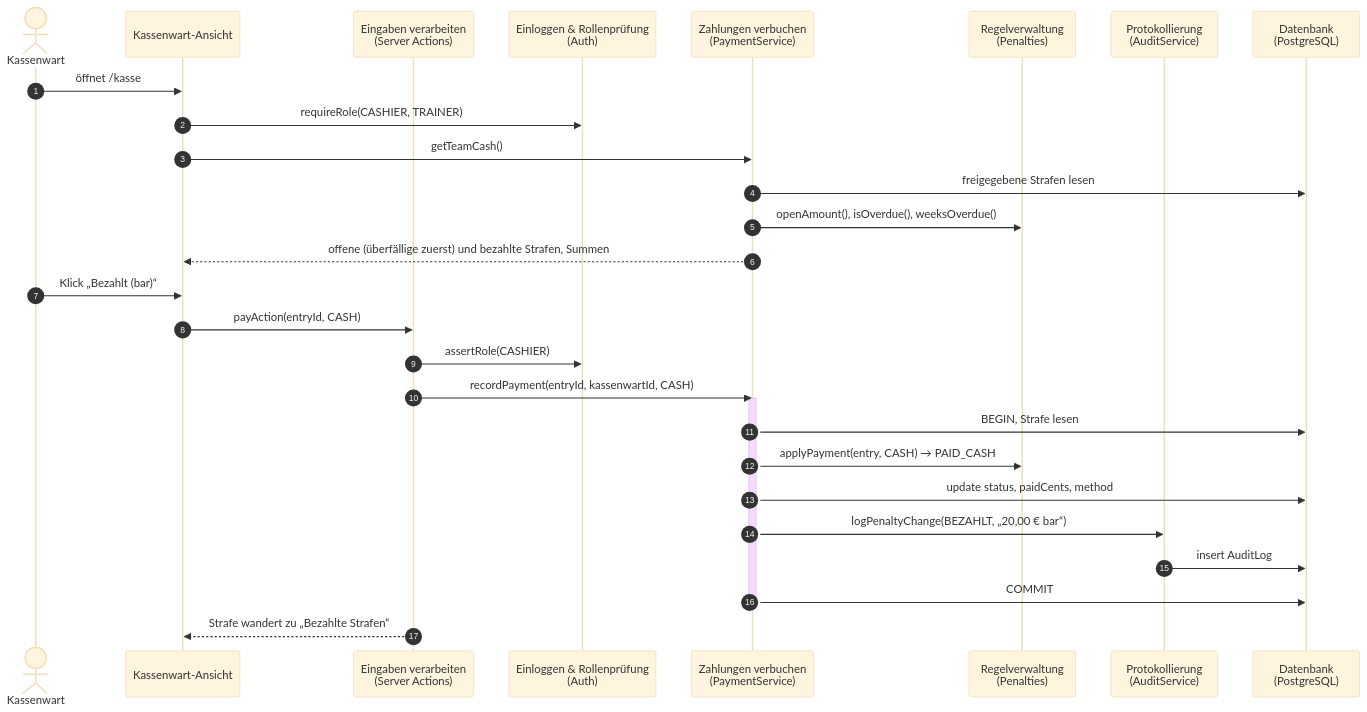
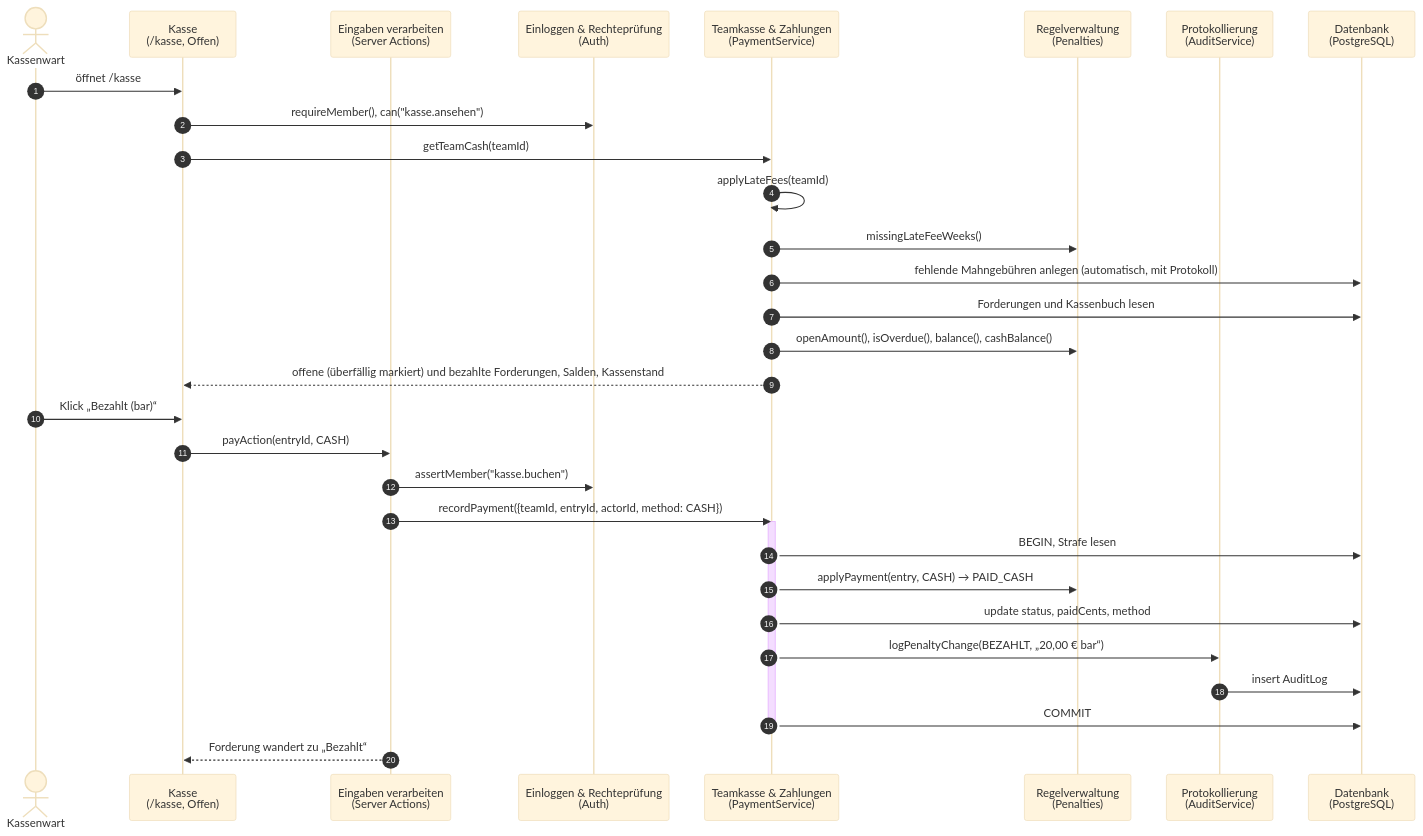
The third of 5 diagrams in docs/architektur/sequenz-pen-02.md (squadhq-team/squadhq-team), drawn with Mermaid (base theme) before and after one commit. The commit also changed other lines of this file and 13 other files, not shown here.

First line of the commit message:
Doku und Diagramme an Teams, Rollen und neue Features angepasst

````diff
--- a/docs/architektur/sequenz-pen-02.md
+++ b/docs/architektur/sequenz-pen-02.md
@@ -127,32 +132,35 @@
 ```mermaid
 sequenceDiagram
   autonumber
   actor K as Kassenwart
-  participant KW as Kassenwart-Ansicht
+  participant KW as Kasse<br/>(/kasse, Offen)
   participant ACT as Eingaben verarbeiten<br/>(Server Actions)
-  participant AUTH as Einloggen & Rollenprüfung<br/>(Auth)
-  participant PAY as Zahlungen verbuchen<br/>(PaymentService)
+  participant AUTH as Einloggen & Rechteprüfung<br/>(Auth)
+  participant PAY as Teamkasse & Zahlungen<br/>(PaymentService)
   participant RULES as Regelverwaltung<br/>(Penalties)
   participant AUD as Protokollierung<br/>(AuditService)
   participant DB as Datenbank<br/>(PostgreSQL)
 
   K->>KW: öffnet /kasse
-  KW->>AUTH: requireRole(CASHIER, TRAINER)
-  KW->>PAY: getTeamCash()
-  PAY->>DB: freigegebene Strafen lesen
-  PAY->>RULES: openAmount(), isOverdue(), weeksOverdue()
-  PAY-->>KW: offene (überfällige zuerst) und bezahlte Strafen, Summen
+  KW->>AUTH: requireMember(), can("kasse.ansehen")
+  KW->>PAY: getTeamCash(teamId)
+  PAY->>PAY: applyLateFees(teamId)
+  PAY->>RULES: missingLateFeeWeeks()
+  PAY->>DB: fehlende Mahngebühren anlegen (automatisch, mit Protokoll)
+  PAY->>DB: Forderungen und Kassenbuch lesen
+  PAY->>RULES: openAmount(), isOverdue(), balance(), cashBalance()
+  PAY-->>KW: offene (überfällig markiert) und bezahlte Forderungen, Salden, Kassenstand
   K->>KW: Klick „Bezahlt (bar)“
   KW->>ACT: payAction(entryId, CASH)
-  ACT->>AUTH: assertRole(CASHIER)
-  ACT->>PAY: recordPayment(entryId, kassenwartId, CASH)
+  ACT->>AUTH: assertMember("kasse.buchen")
+  ACT->>PAY: recordPayment({teamId, entryId, actorId, method: CASH})
   activate PAY
   PAY->>DB: BEGIN, Strafe lesen
   PAY->>RULES: applyPayment(entry, CASH) → PAID_CASH
   PAY->>DB: update status, paidCents, method
   PAY->>AUD: logPenaltyChange(BEZAHLT, „20,00 € bar“)
   AUD->>DB: insert AuditLog
   PAY->>DB: COMMIT
   deactivate PAY
-  ACT-->>KW: Strafe wandert zu „Bezahlte Strafen“
+  ACT-->>KW: Forderung wandert zu „Bezahlt“
 ```
````
